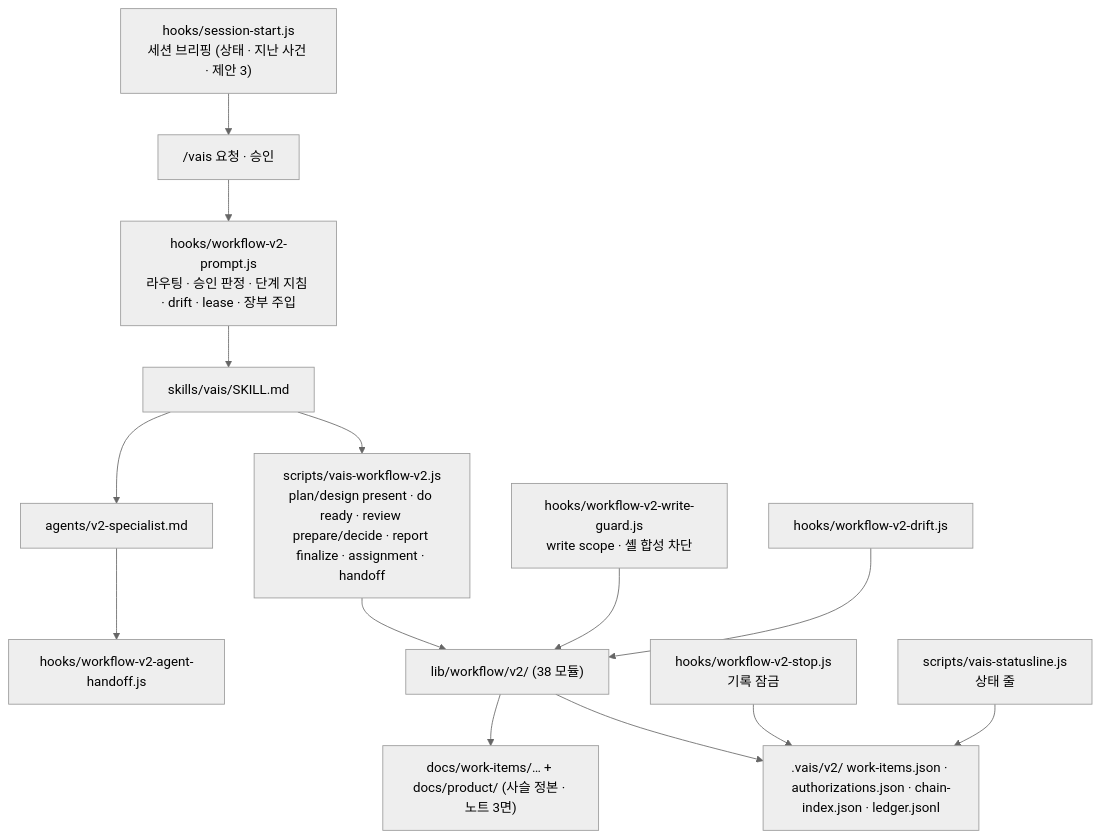
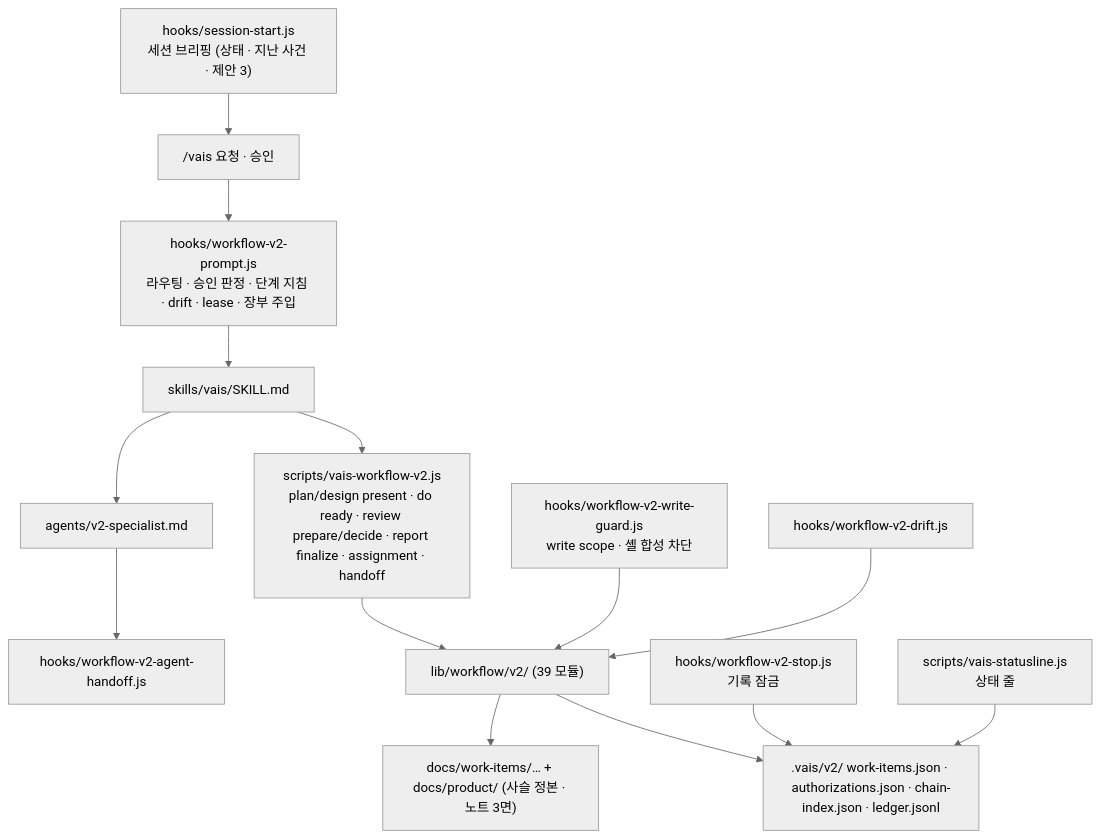
One commit to ghlee3401/vais-claude-code changed the diagram in ONBOARDING.md. Above: the diagram before and after it, drawn with Mermaid (neutral theme). The commit also changed other lines of this file and 77 other files, not shown here.

````diff
--- a/ONBOARDING.md
+++ b/ONBOARDING.md
@@ -27,16 +27,16 @@
 ```mermaid
 flowchart TB
     START["hooks/session-start.js<br/>세션 브리핑 (상태 · 지난 사건 · 제안 3)"] --> USER
     USER["/vais 요청 · 승인"] --> PROMPT["hooks/workflow-v2-prompt.js<br/>라우팅 · 승인 판정 · 단계 지침 · drift · lease · 장부 주입"]
     PROMPT --> SKILL["skills/vais/SKILL.md"]
     SKILL --> CLI["scripts/vais-workflow-v2.js<br/>plan/design present · do ready · review prepare/decide · report finalize · assignment · handoff"]
-    CLI --> LIB["lib/workflow/v2/ (38 모듈)"]
+    CLI --> LIB["lib/workflow/v2/ (39 모듈)"]
     LIB --> STATE[".vais/v2/ work-items.json · authorizations.json · chain-index.json · ledger.jsonl"]
     LIB --> DOCS["docs/work-items/… + docs/product/ (사슬 정본 · 노트 3면)"]
     SKILL --> AGENT["agents/v2-specialist.md"]
     AGENT --> HANDOFF["hooks/workflow-v2-agent-handoff.js"]
     GUARD["hooks/workflow-v2-write-guard.js<br/>write scope · 셸 합성 차단"] --> LIB
     DRIFT["hooks/workflow-v2-drift.js"] --> LIB
     STOP["hooks/workflow-v2-stop.js<br/>기록 잠금"] --> STATE
     STATUS["scripts/vais-statusline.js<br/>상태 줄"] --> STATE
 ```
````
